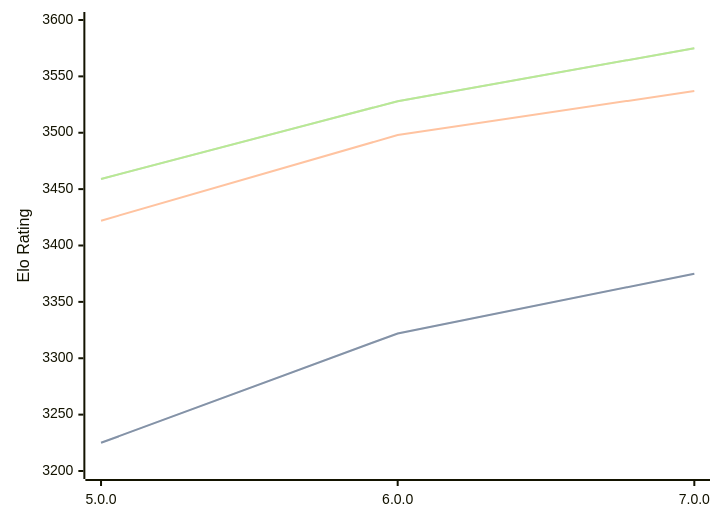
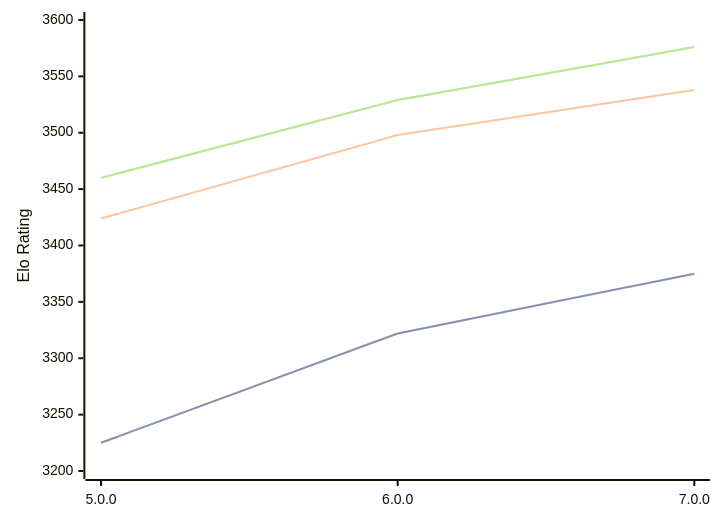
Before and after one commit to computer-chess-index/cci: the diagram in engines/Stormphrax.md, drawn with Mermaid. The commit also changed other lines of this file, not shown here.

Commit message:
Update CCI Ratings (ELO VLTC) - 2026-03-28

````diff
--- a/engines/Stormphrax.md
+++ b/engines/Stormphrax.md
@@ -38,11 +38,11 @@
 ```mermaid
 %%{init: {"theme":"base","themeVariables":{"seriesColors:['#a3a3a3','#222221','#faa371']}}}%%
 xychart-beta
   x-axis ["5.0.0", "6.0.0", "7.0.0"]
   y-axis "Elo Rating" 3200 --> 3600
   line "STC (8.0+0.08s)" [3225, 3322, 3375]
   line "STC (8.0+0.08s)" [3225, 3322, 3375]
-  line "LTC (60.0+0.60s)" [3422, 3498, 3537]
-  line "VLTC (2m24s+1.12s)" [3459, 3528, 3575]
-  line "VLTC (2m24s+1.12s)" [3459, 3528, 3575]
+  line "LTC (60.0+0.60s)" [3424, 3498, 3538]
+  line "VLTC (2m24s+1.12s)" [3460, 3529, 3576]
+  line "VLTC (2m24s+1.12s)" [3460, 3529, 3576]
 ```
````
